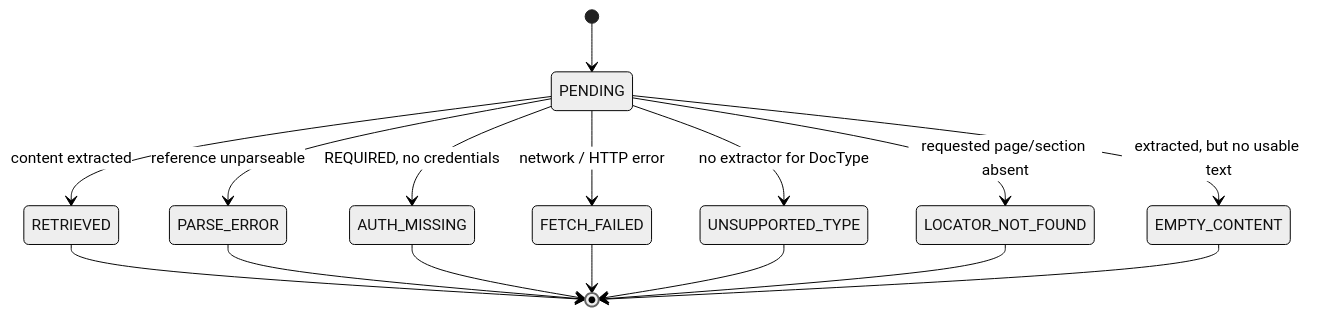
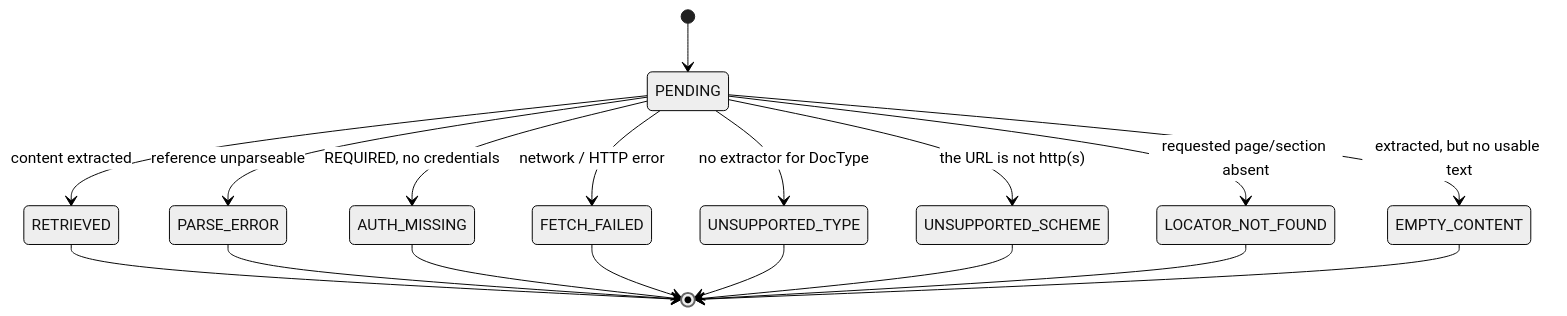
The fourth of 4 diagrams in docs/retrieval-taxonomy.md (jmanuelc87/scorekeeper), drawn with Mermaid (neutral theme) before and after one commit. The commit also changed other lines of this file and 10 other files, not shown here.

````diff
--- a/docs/retrieval-taxonomy.md
+++ b/docs/retrieval-taxonomy.md
@@ -178,19 +183,21 @@
 ```mermaid
 stateDiagram-v2
     [*] --> PENDING
     PENDING --> PARSE_ERROR: reference unparseable
     PENDING --> AUTH_MISSING: REQUIRED, no credentials
     PENDING --> FETCH_FAILED: network / HTTP error
     PENDING --> UNSUPPORTED_TYPE: no extractor for DocType
+    PENDING --> UNSUPPORTED_SCHEME: the URL is not http(s)
     PENDING --> LOCATOR_NOT_FOUND: requested page/section absent
     PENDING --> EMPTY_CONTENT: extracted, but no usable text
     PENDING --> RETRIEVED: content extracted
 
     RETRIEVED --> [*]
     PARSE_ERROR --> [*]
     AUTH_MISSING --> [*]
     FETCH_FAILED --> [*]
     UNSUPPORTED_TYPE --> [*]
+    UNSUPPORTED_SCHEME --> [*]
     LOCATOR_NOT_FOUND --> [*]
     EMPTY_CONTENT --> [*]
 ```
````
